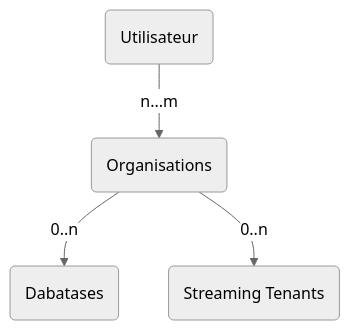
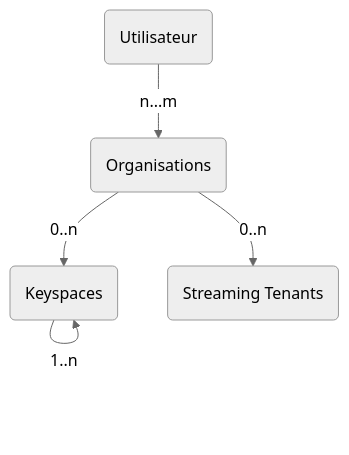
Before and after one commit to datastaxdevs/conference-2022-devoxx-france: the first of 2 diagrams in README.md, drawn with Mermaid (neutral theme). The commit also changed other lines of this file, not shown here.

````diff
--- a/README.md
+++ b/README.md
@@ -135,6 +135,7 @@
 ```mermaid
   graph TD
     USER(Utilisateur) -->|n...m|ORG(Organisations)
     ORG -->|0..n|DB(Dabatases)
+    DB  -->|1..n|DB(Keyspaces)
     ORG -->|0..n|STR(Streaming Tenants)
 ```
````
